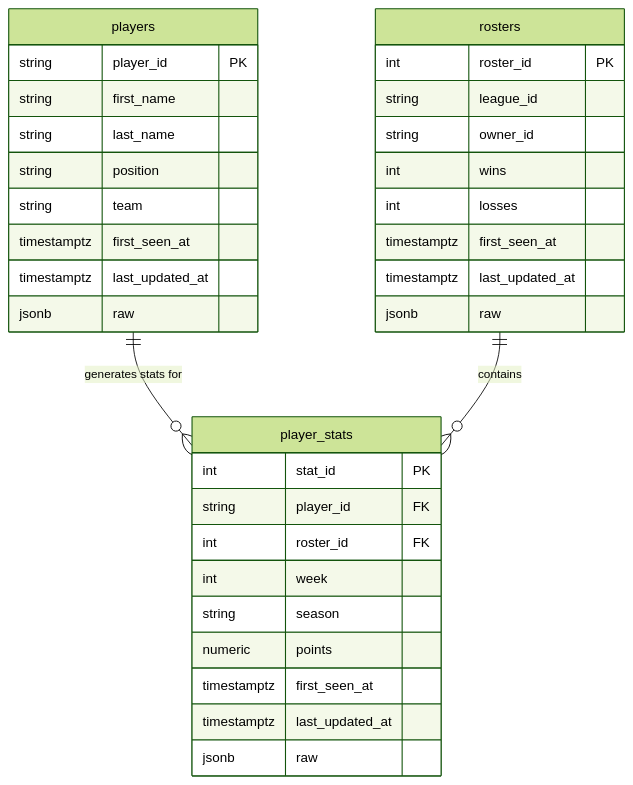
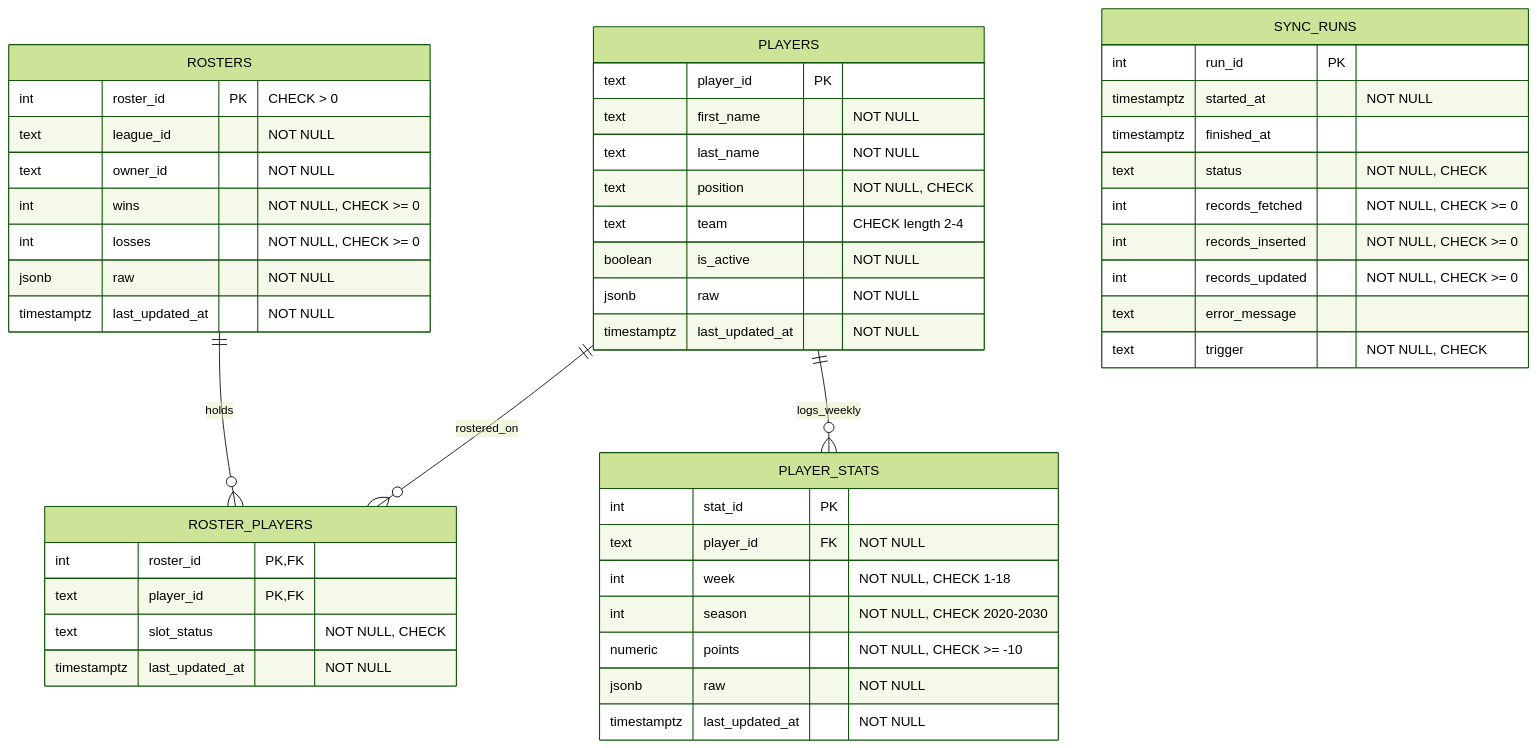
The diagram in docs/schema.md (udara872fernando-tech/bsad6153-Fernando), drawn with Mermaid (forest theme) before and after one commit. The commit also changed other lines of this file and 3 other files, not shown here.

Commit message:
Fix roster many-to-many schema, add constraints, idempotent counts, and baseline queries

````diff
--- a/docs/schema.md
+++ b/docs/schema.md
@@ -5,39 +3,56 @@
 ```mermaid
 erDiagram
-    players {
-        string player_id PK
-        string first_name
-        string last_name
-        string position
-        string team
-        timestamptz first_seen_at
-        timestamptz last_updated_at
-        jsonb raw
+    PLAYERS ||--o{ ROSTER_PLAYERS : "rostered_on"
+    ROSTERS ||--o{ ROSTER_PLAYERS : "holds"
+    PLAYERS ||--o{ PLAYER_STATS : "logs_weekly"
+
+    PLAYERS {
+        text player_id PK
+        text first_name "NOT NULL"
+        text last_name "NOT NULL"
+        text position "NOT NULL, CHECK"
+        text team "CHECK length 2-4"
+        boolean is_active "NOT NULL"
+        jsonb raw "NOT NULL"
+        timestamptz last_updated_at "NOT NULL"
     }
 
-    rosters {
-        int roster_id PK
-        string league_id
-        string owner_id
-        int wins
-        int losses
-        timestamptz first_seen_at
-        timestamptz last_updated_at
-        jsonb raw
+    ROSTERS {
+        int roster_id PK "CHECK > 0"
+        text league_id "NOT NULL"
+        text owner_id "NOT NULL"
+        int wins "NOT NULL, CHECK >= 0"
+        int losses "NOT NULL, CHECK >= 0"
+        jsonb raw "NOT NULL"
+        timestamptz last_updated_at "NOT NULL"
     }
 
-    player_stats {
-        int stat_id PK
-        string player_id FK
-        int roster_id FK
-        int week
-        string season
-        numeric points
-        timestamptz first_seen_at
-        timestamptz last_updated_at
-        jsonb raw
+    ROSTER_PLAYERS {
+        int roster_id PK, FK
+        text player_id PK, FK
+        text slot_status "NOT NULL, CHECK"
+        timestamptz last_updated_at "NOT NULL"
     }
 
-    players ||--o{ player_stats : "generates stats for"
-    rosters ||--o{ player_stats : "contains"
-```
+    PLAYER_STATS {
+        int stat_id PK
+        text player_id FK "NOT NULL"
+        int week "NOT NULL, CHECK 1-18"
+        int season "NOT NULL, CHECK 2020-2030"
+        numeric points "NOT NULL, CHECK >= -10"
+        jsonb raw "NOT NULL"
+        timestamptz last_updated_at "NOT NULL"
+    }
+
+    SYNC_RUNS {
+        int run_id PK
+        timestamptz started_at "NOT NULL"
+        timestamptz finished_at
+        text status "NOT NULL, CHECK"
+        int records_fetched "NOT NULL, CHECK >= 0"
+        int records_inserted "NOT NULL, CHECK >= 0"
+        int records_updated "NOT NULL, CHECK >= 0"
+        text error_message
+        text trigger "NOT NULL, CHECK"
+    }
+```    
````
